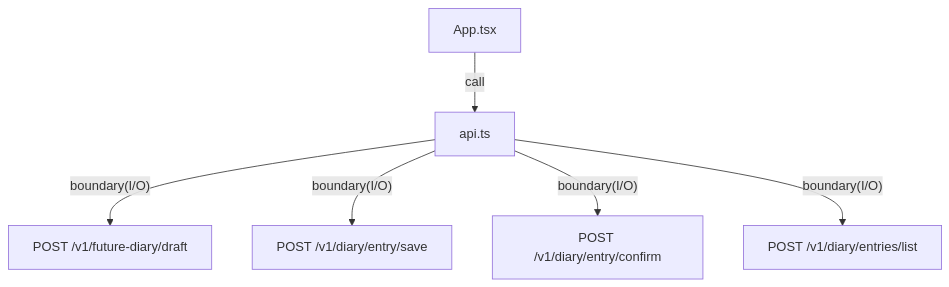
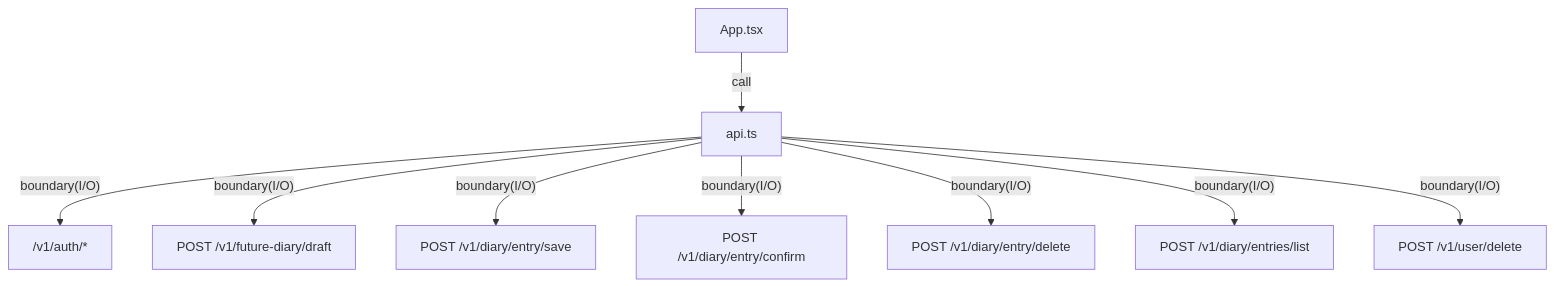
The diagram in apps/web/src/README.md (YotaroMatsui/future_diary), drawn with Mermaid before and after one commit. The commit also changed other lines of this file and 15 other files, not shown here.

````diff
--- a/apps/web/src/README.md
+++ b/apps/web/src/README.md
@@ -177,8 +189,11 @@
 ```mermaid
 flowchart TD
   UI["App.tsx"] -->|"call"| CL["api.ts"]
+  CL -->|"boundary(I/O)"| AUTH["/v1/auth/*"]
   CL -->|"boundary(I/O)"| DRAFT["POST /v1/future-diary/draft"]
   CL -->|"boundary(I/O)"| SAVE["POST /v1/diary/entry/save"]
   CL -->|"boundary(I/O)"| CONF["POST /v1/diary/entry/confirm"]
+  CL -->|"boundary(I/O)"| DEL["POST /v1/diary/entry/delete"]
   CL -->|"boundary(I/O)"| LIST["POST /v1/diary/entries/list"]
+  CL -->|"boundary(I/O)"| USERDEL["POST /v1/user/delete"]
 ```
````
